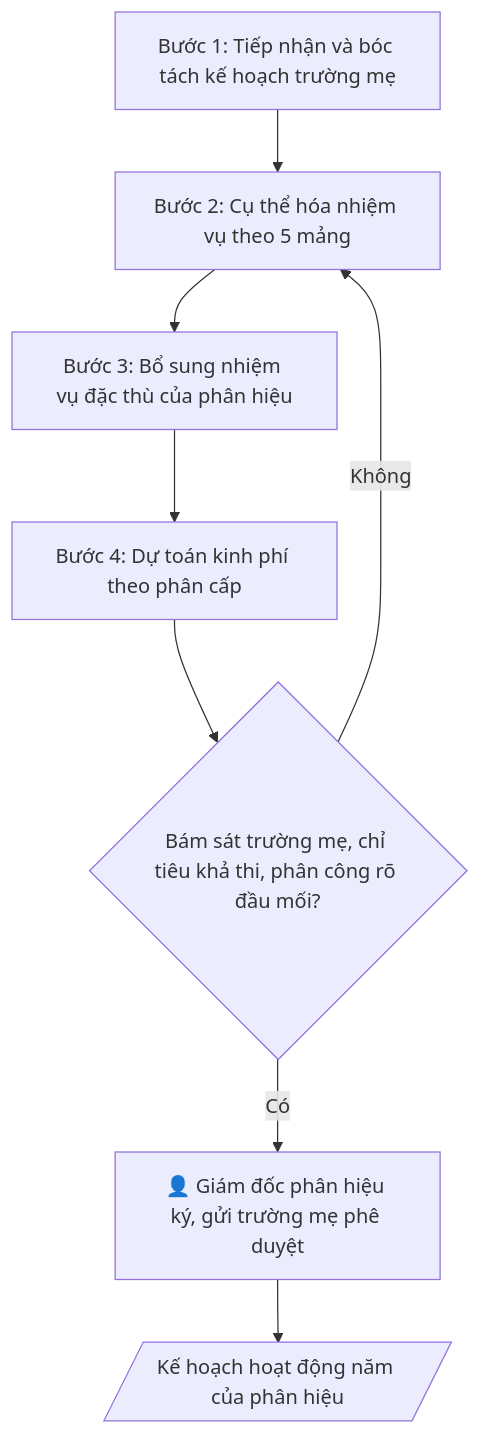
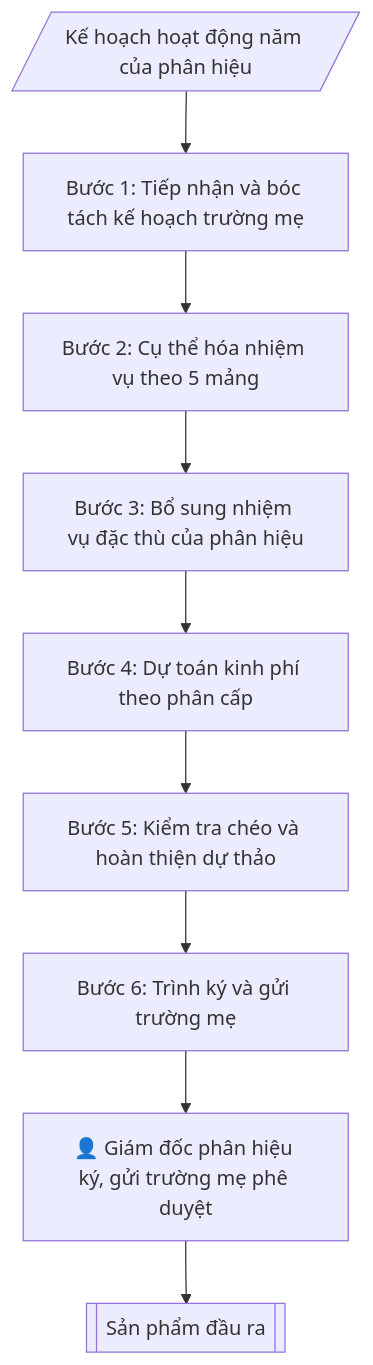
Before and after one commit to phamtruong91/dh-skills: the diagram in skills/ke-hoach-hoat-dong-phan-hieu/SKILL.md, drawn with Mermaid. The commit also changed 124 other files, not shown here.

````diff
--- a/skills/ke-hoach-hoat-dong-phan-hieu/SKILL.md
+++ b/skills/ke-hoach-hoat-dong-phan-hieu/SKILL.md
@@ -83,13 +83,11 @@
 ```mermaid
 flowchart TD
-    A["Bước 1: Tiếp nhận và bóc tách kế hoạch trường mẹ"]
-    B["Bước 2: Cụ thể hóa nhiệm vụ theo 5 mảng"]
-    C["Bước 3: Bổ sung nhiệm vụ đặc thù của phân hiệu"]
-    D["Bước 4: Dự toán kinh phí theo phân cấp"]
-    E{"Bám sát trường mẹ, chỉ tiêu khả thi, phân công rõ đầu mối?"}
-    HG["👤 Giám đốc phân hiệu ký, gửi trường mẹ phê duyệt"]
-    O[/"Kế hoạch hoạt động năm của phân hiệu"/]
-    A --> B --> C --> D --> E
-    E -->|Không| B
-    E -->|Có| HG --> O
+    IN[/"Kế hoạch hoạt động năm của phân hiệu"/] --> B1["Bước 1: Tiếp nhận và bóc tách kế hoạch trường mẹ"]
+    B1 --> B2["Bước 2: Cụ thể hóa nhiệm vụ theo 5 mảng"]
+    B2 --> B3["Bước 3: Bổ sung nhiệm vụ đặc thù của phân hiệu"]
+    B3 --> B4["Bước 4: Dự toán kinh phí theo phân cấp"]
+    B4 --> B5["Bước 5: Kiểm tra chéo và hoàn thiện dự thảo"]
+    B5 --> B6["Bước 6: Trình ký và gửi trường mẹ"]
+    B6 --> HG["👤 Giám đốc phân hiệu ký, gửi trường mẹ phê duyệt"]
+    HG --> OUT[["Sản phẩm đầu ra"]]
 ```
````
